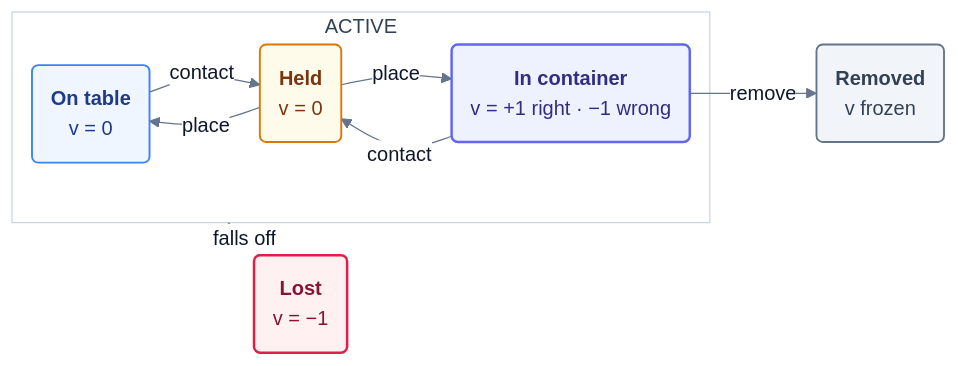
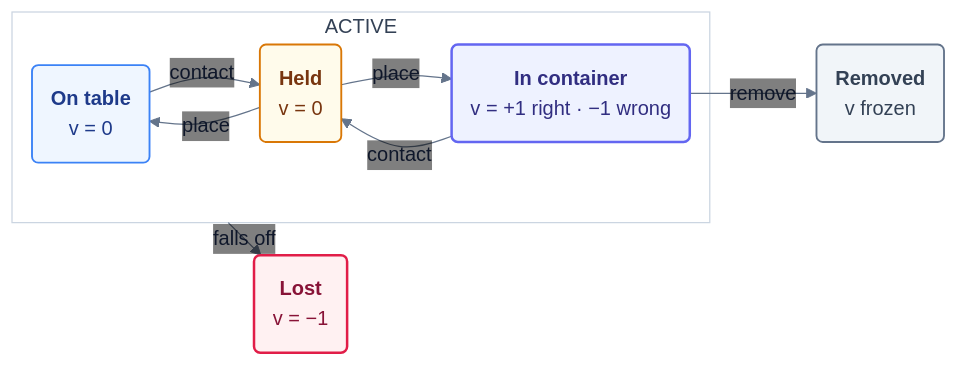
Before and after one commit to Grounded-Intelligence-Initiative/agentic-robotics-benchmark: the diagram in tasks/arm/object_finding_and_organizing_on_messy_desk/verify/figures/object-automaton.mmd, drawn with Mermaid. The commit also changed 4 other files, not shown here.

```diff
--- a/tasks/arm/object_finding_and_organizing_on_messy_desk/verify/figures/object-automaton.mmd
+++ b/tasks/arm/object_finding_and_organizing_on_messy_desk/verify/figures/object-automaton.mmd
@@ -1,25 +1,25 @@
-%%{init: {"theme": "base", "themeVariables": {"fontFamily": "Arial, Helvetica, sans-serif", "fontSize": "16px", "lineColor": "#64748b", "primaryTextColor": "#0f172a", "edgeLabelBackground": "#ffffff", "clusterBkg": "#ffffff", "clusterBorder": "#cbd5e1"}, "flowchart": {"curve": "basis", "nodeSpacing": 32, "rankSpacing": 32, "htmlLabels": true}}}%%
+%%{init: {"theme": "base", "themeVariables": {"fontFamily": "Arial, Helvetica, sans-serif", "fontSize": "16px", "lineColor": "#64748b", "primaryTextColor": "#0f172a", "edgeLabelBackground": "transparent", "clusterBkg": "#ffffff", "clusterBorder": "#cbd5e1"}, "flowchart": {"curve": "basis", "nodeSpacing": 32, "rankSpacing": 32, "htmlLabels": true}, "themeCSS": ".edgeLabel, .edgeLabel p, .edgeLabel span { background: transparent !important; background-color: transparent !important; } .edgeLabels span { font-size: 13px !important; color: #475569 !important; } .edgeLabels > g:nth-child(1) > g { translate: 0px -12px; } .edgeLabels > g:nth-child(2) > g { translate: 0px 12px; } .edgeLabels > g:nth-child(3) > g { translate: 0px -12px; } .edgeLabels > g:nth-child(4) > g { translate: 0px 13px; } .edgeLabels > g:nth-child(5) > g { translate: 0px -12px; } .edgeLabels > g:nth-child(6) > g { translate: -32px 0px; } "}}%%
 flowchart LR
     subgraph ACTIVE["ACTIVE"]
         T("<b>On table</b><br/>v = 0")
         H("<b>Held</b><br/>v = 0")
         C("<b>In container</b><br/>v = +1 right · −1 wrong")
         T -->|contact| H
         H -->|place| T
         H -->|place| C
         C -->|contact| H
     end
     C -->|remove| R("<b>Removed</b><br/>v frozen")
     ACTIVE -->|falls off| L("<b>Lost</b><br/>v = −1")
 
     classDef neutral fill:#eff6ff,stroke:#3b82f6,color:#1e3a8a,stroke-width:1.5px;
     classDef moving fill:#fffbeb,stroke:#d97706,color:#78350f,stroke-width:1.5px;
     classDef placed fill:#eef2ff,stroke:#6366f1,color:#312e81,stroke-width:2px;
     classDef retired fill:#f1f5f9,stroke:#64748b,color:#334155,stroke-width:1.5px;
     classDef failure fill:#fff1f2,stroke:#e11d48,color:#881337,stroke-width:2px;
     class T neutral;
     class H moving;
     class C placed;
     class R retired;
     class L failure;
     style ACTIVE fill:#ffffff,stroke:#cbd5e1,color:#334155
```
